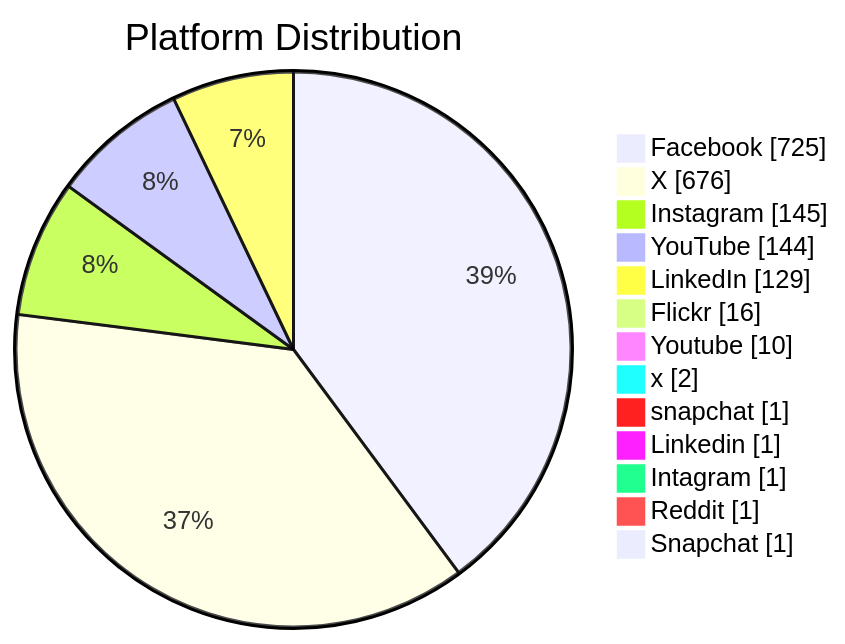
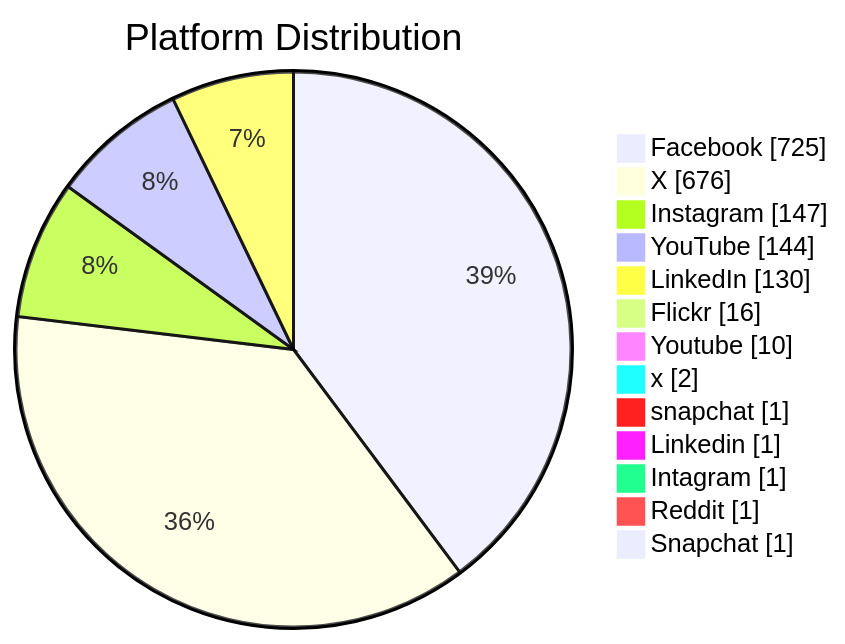
One commit to PatLittle/GC-Socials changed the second of 6 diagrams in README.md. Above: the diagram before and after it, drawn with Mermaid. The commit also changed other lines of this file, not shown here.

Commit message:
Update README with Platform Distribution pie chart

````diff
--- a/README.md
+++ b/README.md
@@ -62,16 +64,16 @@
 ```mermaid
 pie showData title Platform Distribution
     "Facebook": 725
     "X": 676
-    "Instagram": 145
+    "Instagram": 147
     "YouTube": 144
-    "LinkedIn": 129
+    "LinkedIn": 130
     "Flickr": 16
     "Youtube": 10
     "x": 2
     "snapchat": 1
     "Linkedin": 1
     "Intagram": 1
     "Reddit": 1
     "Snapchat": 1
 ```
````
